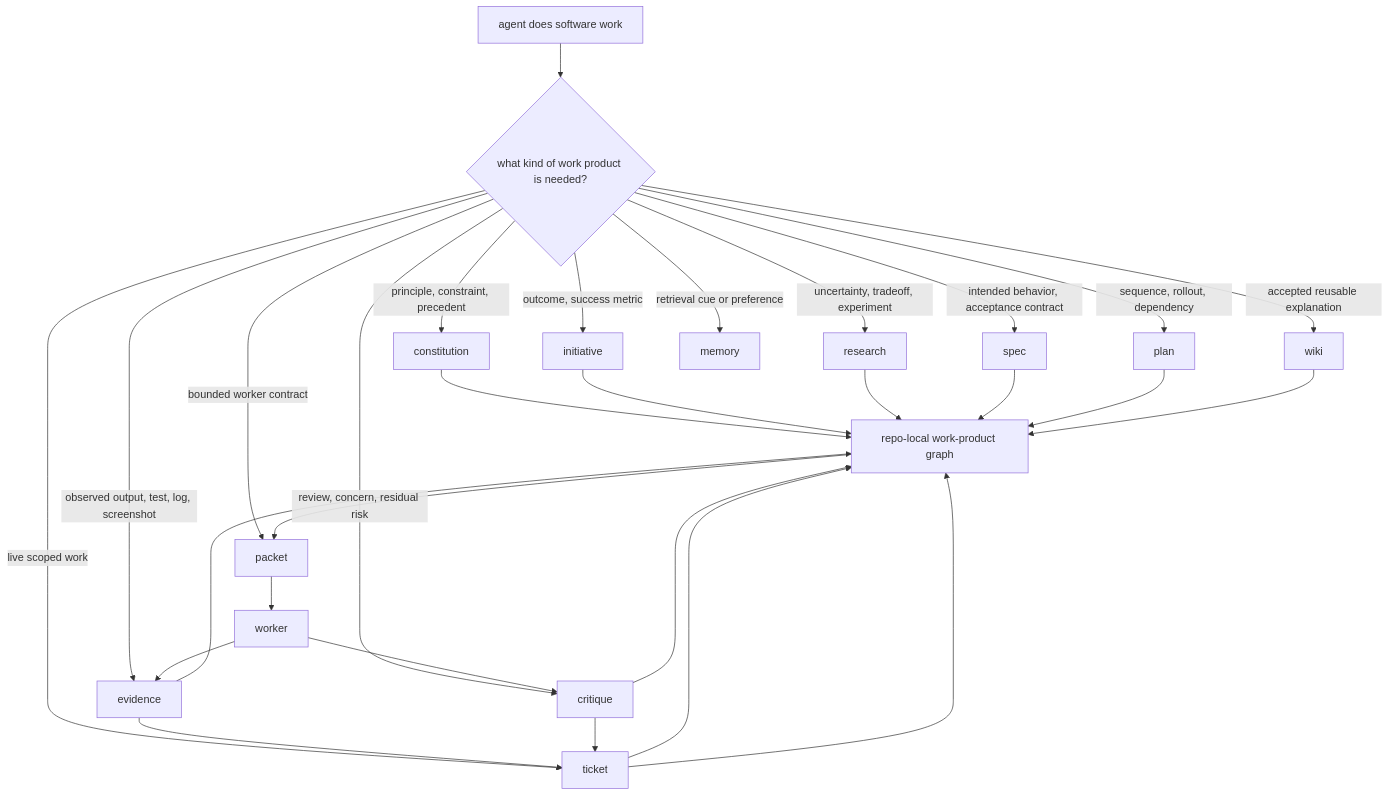
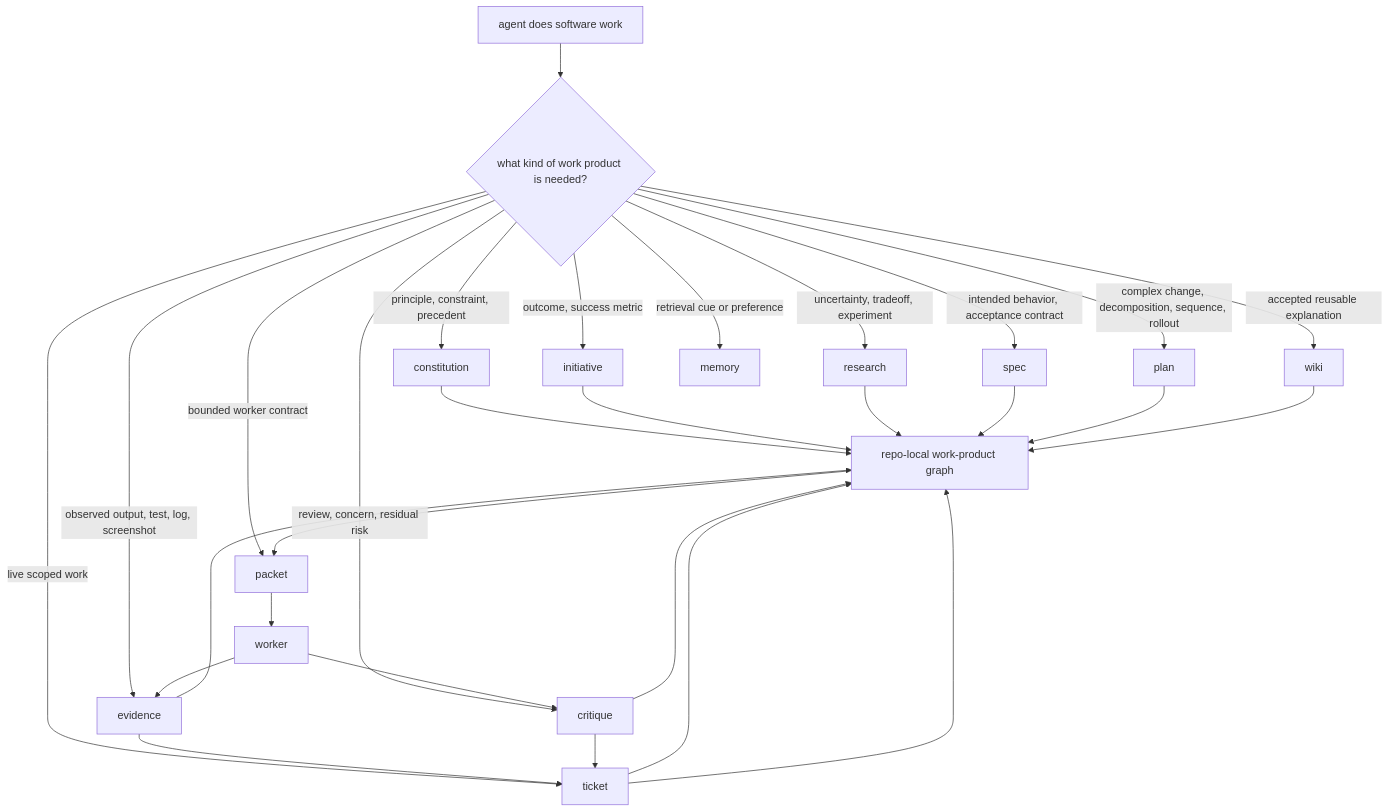
Before and after one commit to z3z1ma/10x: the diagram in README.md, drawn with Mermaid. The commit also changed other lines of this file and 82 other files, not shown here.

````diff
--- a/README.md
+++ b/README.md
@@ -187,34 +187,34 @@
 ```mermaid
 flowchart TB
   A["agent does software work"] --> B{"what kind of work product is needed?"}
 
   B -->|principle, constraint, precedent| C["constitution"]
   B -->|outcome, success metric| I["initiative"]
   B -->|uncertainty, tradeoff, experiment| R["research"]
   B -->|intended behavior, acceptance contract| S["spec"]
-  B -->|sequence, rollout, dependency| P["plan"]
+  B -->|complex change, decomposition, sequence, rollout| P["plan"]
   B -->|live scoped work| T["ticket"]
   B -->|observed output, test, log, screenshot| E["evidence"]
   B -->|review, concern, residual risk| Q["critique"]
   B -->|accepted reusable explanation| W["wiki"]
   B -->|bounded worker contract| PKT["packet"]
   B -->|retrieval cue or preference| M["memory"]
 
   C --> G["repo-local work-product graph"]
   I --> G
   R --> G
   S --> G
   P --> G
   T --> G
   E --> G
   Q --> G
   W --> G
 
   G --> PKT
   PKT --> FW["worker"]
   FW --> E
   FW --> Q
   E --> T
   Q --> T
   T --> G
 ```
````
